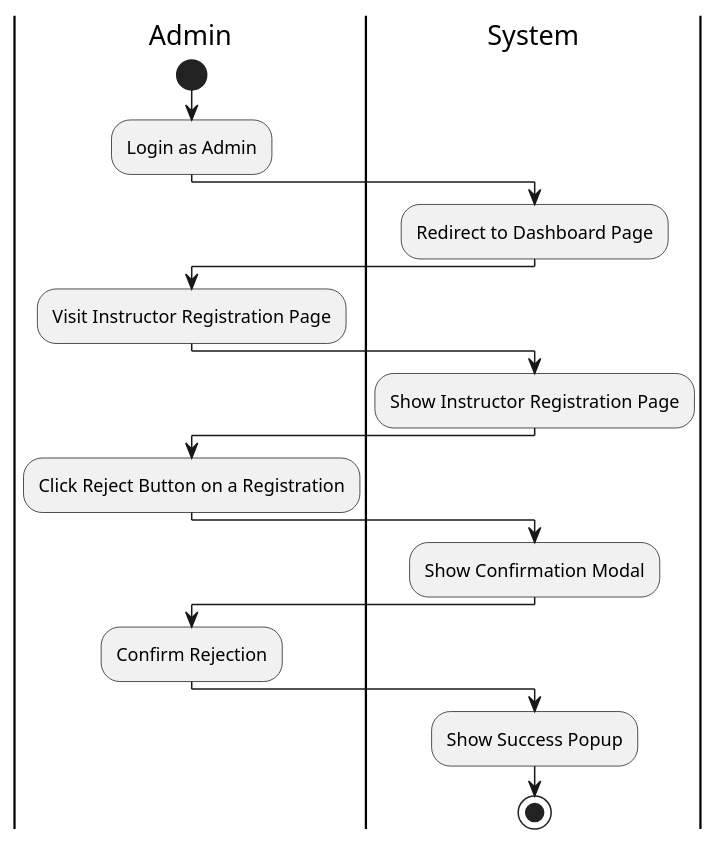
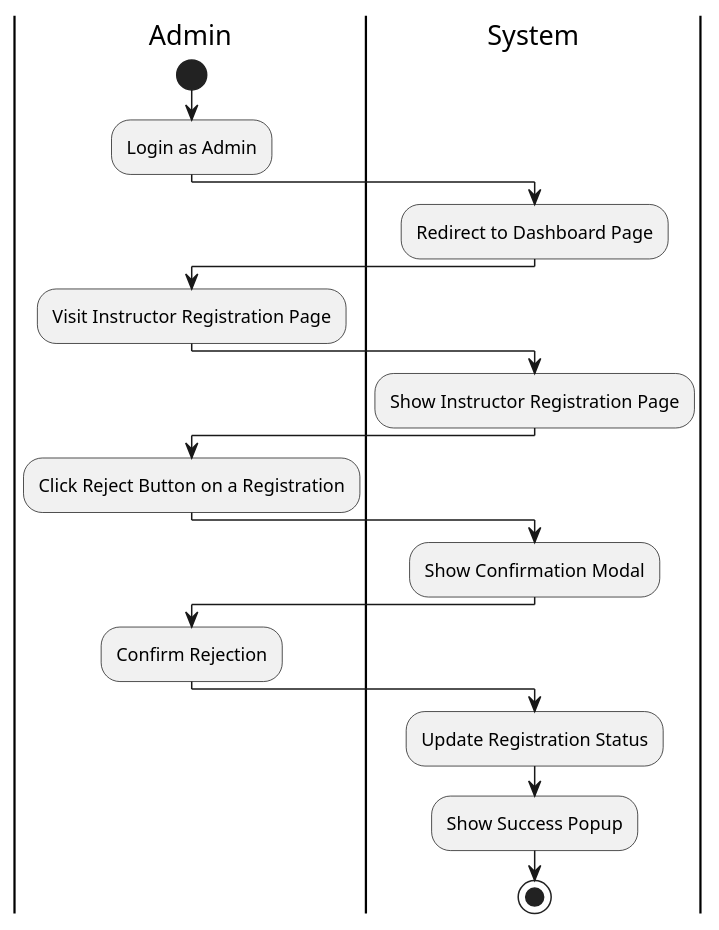
One commit to felixpherry/Lecturna-UML changed the diagram in 083. Reject Instructor Registration/Activity Diagram.puml. Above: the diagram before and after it, drawn with PlantUML. The commit also changed 66 other files, not shown here.

Commit message:
Fix: Activity Diagrams

```diff
--- a/083. Reject Instructor Registration/Activity Diagram.puml
+++ b/083. Reject Instructor Registration/Activity Diagram.puml
@@ -1,20 +1,21 @@
 @startuml RejectInstructorRegistration
 |Admin|
 start
 :Login as Admin;
 |System|
 :Redirect to Dashboard Page;
 |Admin|
 :Visit Instructor Registration Page;
 |System|
 :Show Instructor Registration Page;
 |Admin|
 :Click Reject Button on a Registration;
 |System|
 :Show Confirmation Modal;
 |Admin|
 :Confirm Rejection;
 |System|
+:Update Registration Status;
 :Show Success Popup;
 stop
 @enduml
```
